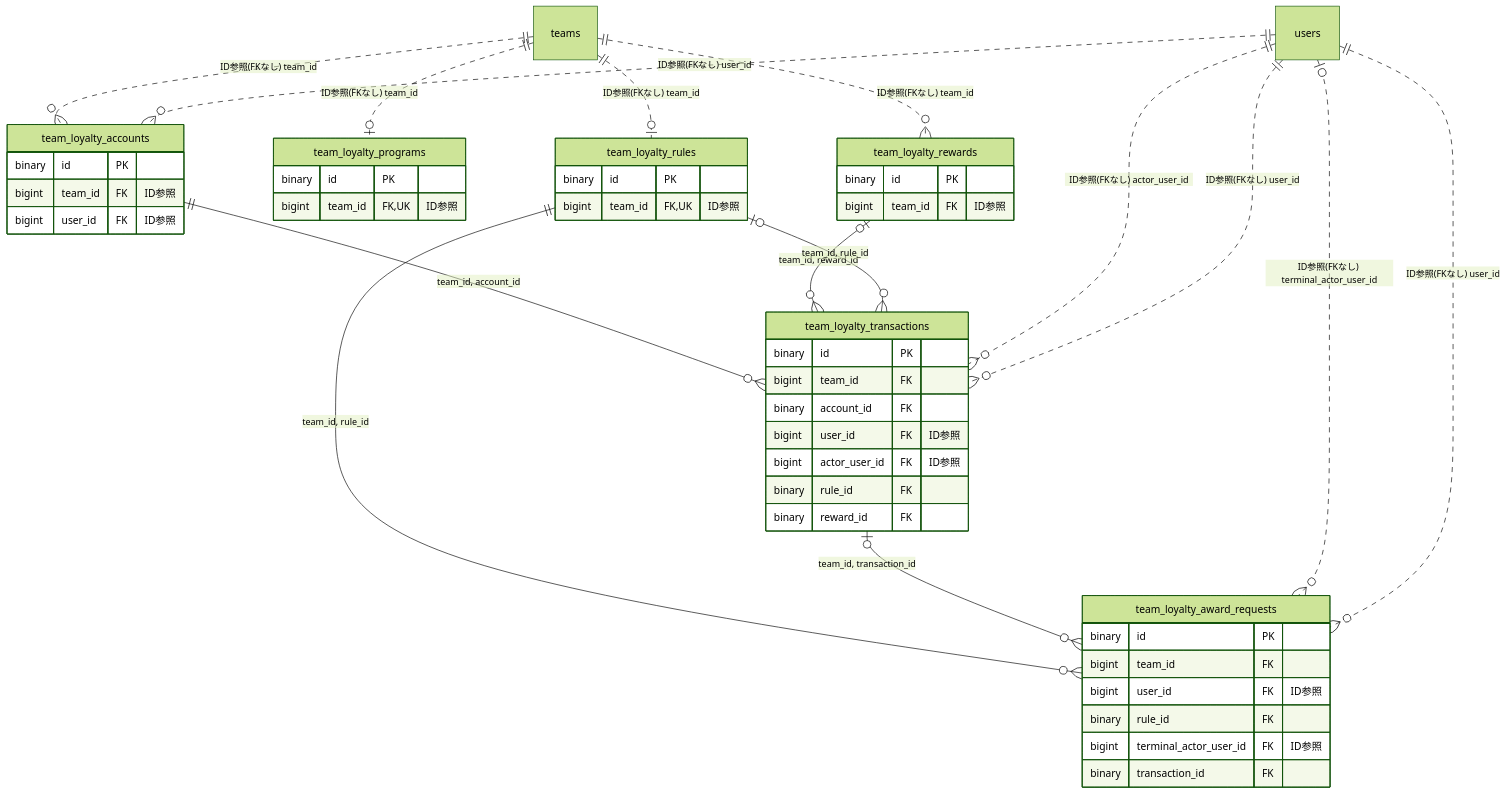
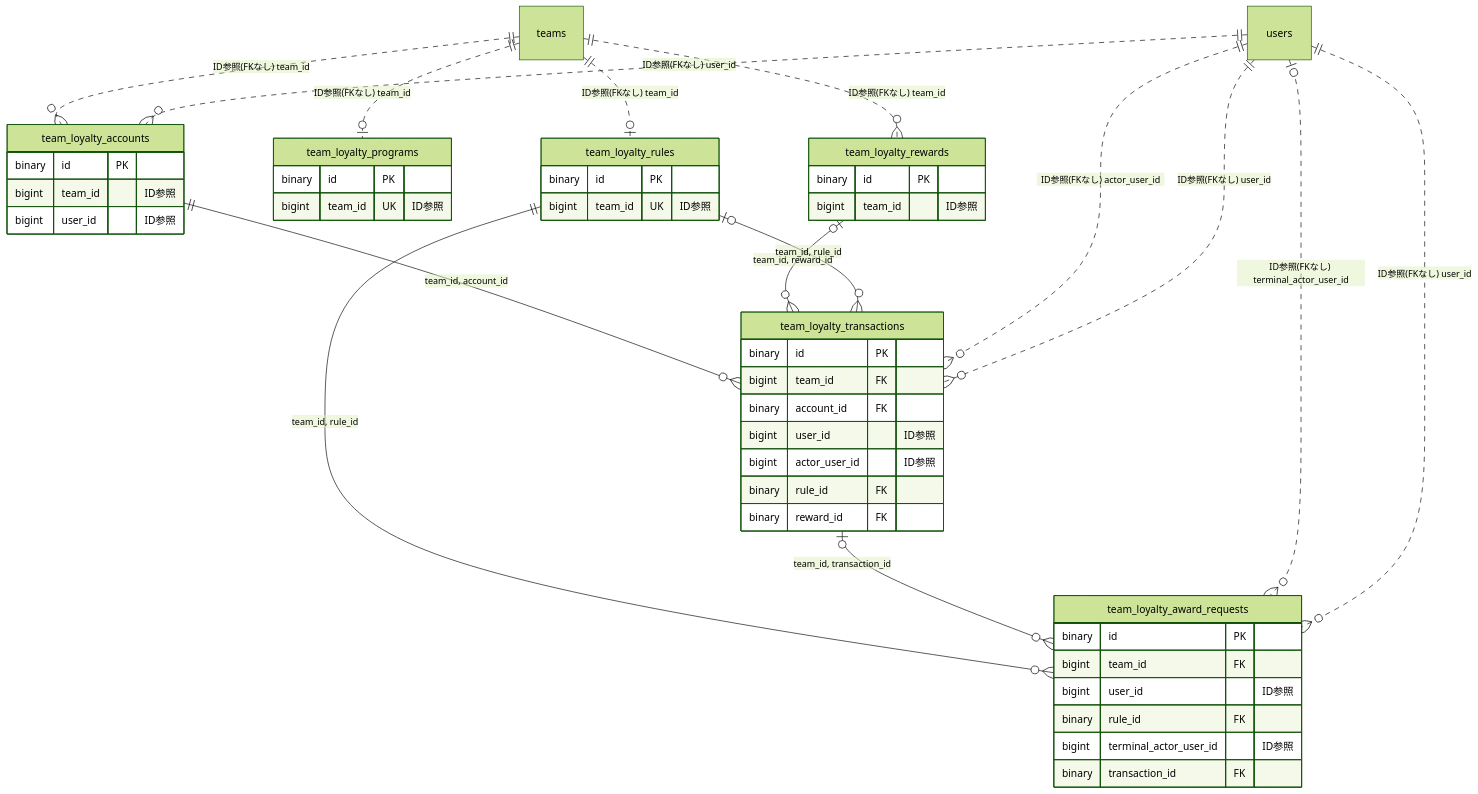
The diagram in docs/architecture/er/loyalty.md (kenta-0420/mannschaft), drawn with Mermaid (forest theme) before and after one commit. The commit also changed other lines of this file and 115 other files, not shown here.

Commit message:
改善: ER図のFKマーカーを実FKのみに限定し、被参照の逆引き節とREADME凡例を追加 (PR #4268)

````diff
--- a/docs/architecture/er/loyalty.md
+++ b/docs/architecture/er/loyalty.md
@@ -12,53 +12,53 @@
 ```mermaid
 erDiagram
     team_loyalty_accounts {
         binary id PK
-        bigint team_id FK "ID参照"
-        bigint user_id FK "ID参照"
+        bigint team_id "ID参照"
+        bigint user_id "ID参照"
     }
     team_loyalty_award_requests {
         binary id PK
         bigint team_id FK
-        bigint user_id FK "ID参照"
+        bigint user_id "ID参照"
         binary rule_id FK
-        bigint terminal_actor_user_id FK "ID参照"
+        bigint terminal_actor_user_id "ID参照"
         binary transaction_id FK
     }
     team_loyalty_programs {
         binary id PK
-        bigint team_id FK, UK "ID参照"
+        bigint team_id UK "ID参照"
     }
     team_loyalty_rewards {
         binary id PK
-        bigint team_id FK "ID参照"
+        bigint team_id "ID参照"
     }
     team_loyalty_rules {
         binary id PK
-        bigint team_id FK, UK "ID参照"
+        bigint team_id UK "ID参照"
     }
     team_loyalty_transactions {
         binary id PK
         bigint team_id FK
         binary account_id FK
-        bigint user_id FK "ID参照"
-        bigint actor_user_id FK "ID参照"
+        bigint user_id "ID参照"
+        bigint actor_user_id "ID参照"
         binary rule_id FK
         binary reward_id FK
     }
     teams
     users
     teams ||..o{ team_loyalty_accounts : "ID参照(FKなし) team_id"
     users ||..o{ team_loyalty_accounts : "ID参照(FKなし) user_id"
     team_loyalty_rules ||--o{ team_loyalty_award_requests : "team_id, rule_id"
     team_loyalty_transactions |o--o{ team_loyalty_award_requests : "team_id, transaction_id"
     users |o..o{ team_loyalty_award_requests : "ID参照(FKなし) terminal_actor_user_id"
     users ||..o{ team_loyalty_award_requests : "ID参照(FKなし) user_id"
     teams ||..o| team_loyalty_programs : "ID参照(FKなし) team_id"
     teams ||..o{ team_loyalty_rewards : "ID参照(FKなし) team_id"
     teams ||..o| team_loyalty_rules : "ID参照(FKなし) team_id"
     team_loyalty_accounts ||--o{ team_loyalty_transactions : "team_id, account_id"
     team_loyalty_rewards |o--o{ team_loyalty_transactions : "team_id, reward_id"
     team_loyalty_rules |o--o{ team_loyalty_transactions : "team_id, rule_id"
     users ||..o{ team_loyalty_transactions : "ID参照(FKなし) actor_user_id"
     users ||..o{ team_loyalty_transactions : "ID参照(FKなし) user_id"
 ```
````
